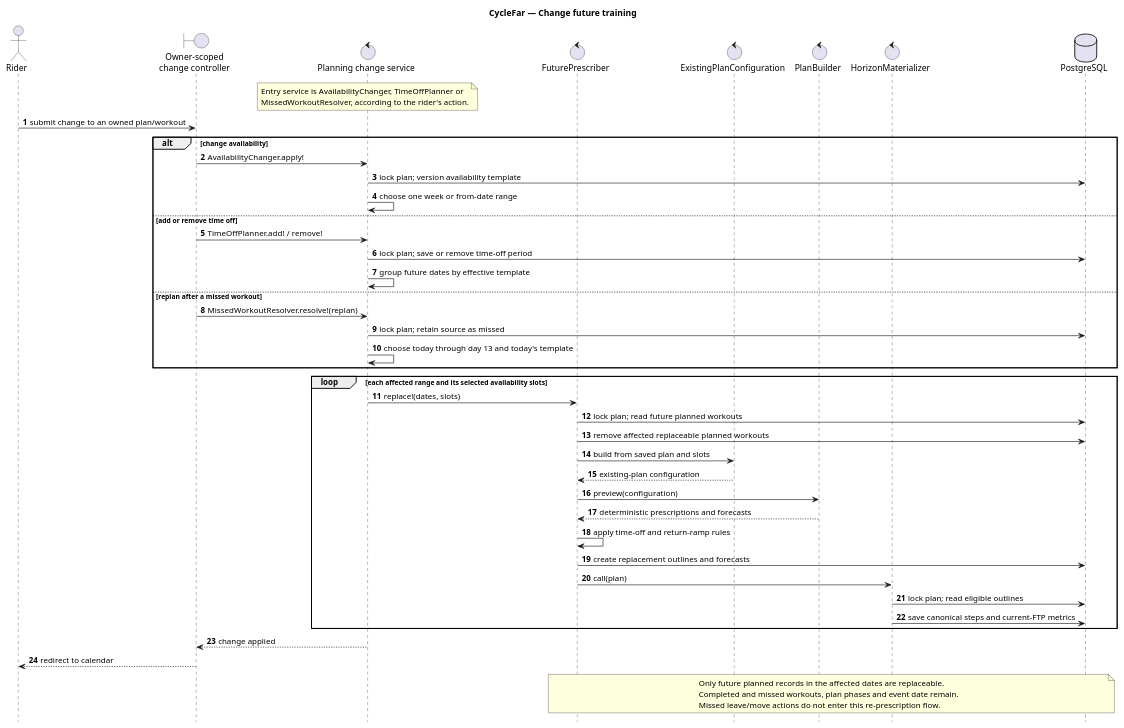
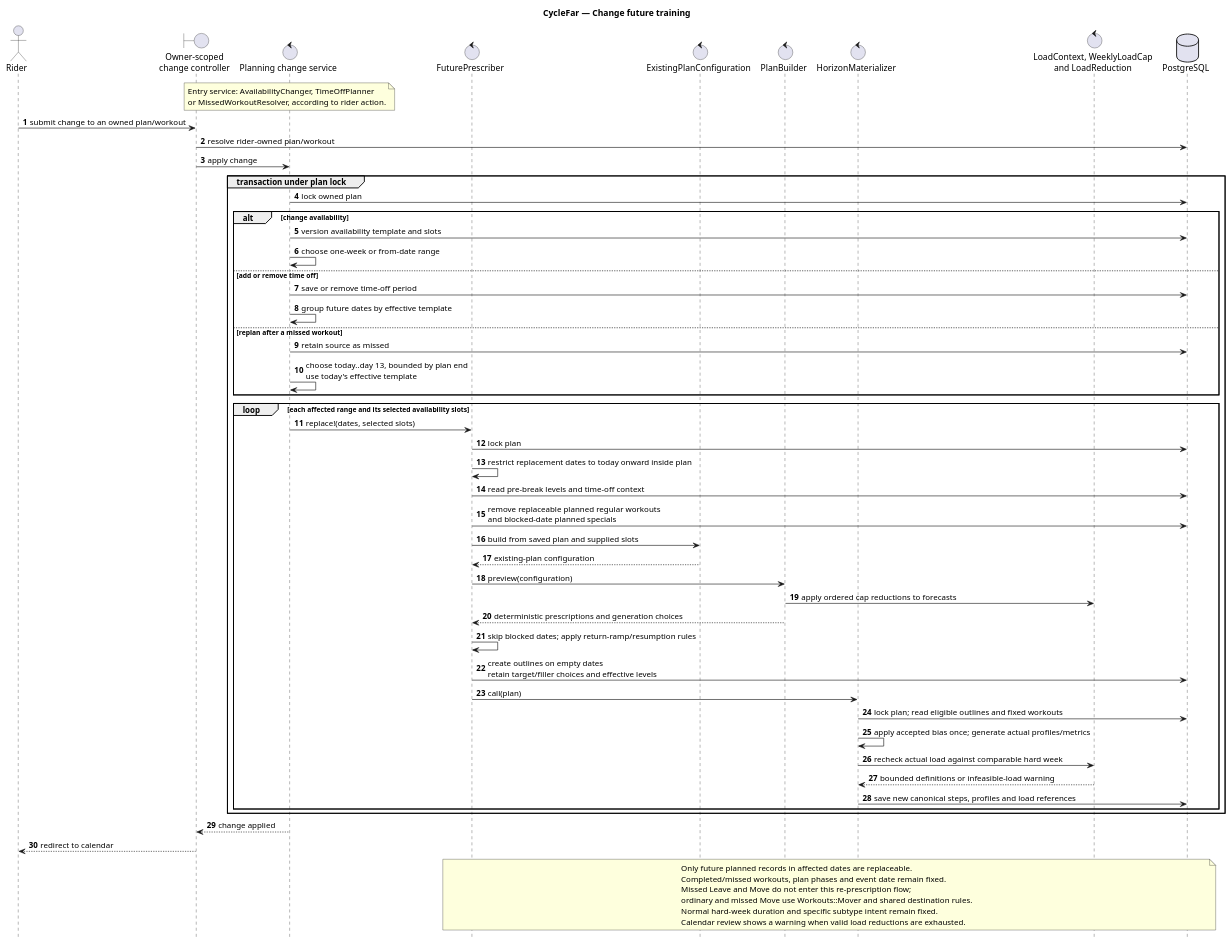
The diagram in docs/diagrams/sequence-cyclefar-future-replanning.puml (richardhartme/cyclefar), drawn with PlantUML before and after one commit. The commit also changed 20 other files, not shown here.

Commit message:
Update architecture diagrams and add PNG exports

```diff
--- a/docs/diagrams/sequence-cyclefar-future-replanning.puml
+++ b/docs/diagrams/sequence-cyclefar-future-replanning.puml
@@ -1,58 +1,70 @@
-@startuml CycleFar Future Replanning Sequence
+@startuml
 title CycleFar — Change future training
 
 autonumber
 hide footbox
 
 actor Rider
 boundary "Owner-scoped\nchange controller" as Controller
 control "Planning change service" as ChangeService
 control "FuturePrescriber" as Prescriber
 control "ExistingPlanConfiguration" as ExistingConfiguration
 control "PlanBuilder" as Builder
 control "HorizonMaterializer" as Materializer
+control "LoadContext, WeeklyLoadCap\nand LoadReduction" as LoadRules
 database "PostgreSQL" as Database
 
 note over ChangeService
-  Entry service is AvailabilityChanger, TimeOffPlanner or
-  MissedWorkoutResolver, according to the rider's action.
+  Entry service: AvailabilityChanger, TimeOffPlanner
+  or MissedWorkoutResolver, according to rider action.
 end note
 
 Rider -> Controller: submit change to an owned plan/workout
-alt change availability
-  Controller -> ChangeService: AvailabilityChanger.apply!
-  ChangeService -> Database: lock plan; version availability template
-  ChangeService -> ChangeService: choose one week or from-date range
-else add or remove time off
-  Controller -> ChangeService: TimeOffPlanner.add! / remove!
-  ChangeService -> Database: lock plan; save or remove time-off period
-  ChangeService -> ChangeService: group future dates by effective template
-else replan after a missed workout
-  Controller -> ChangeService: MissedWorkoutResolver.resolve!(replan)
-  ChangeService -> Database: lock plan; retain source as missed
-  ChangeService -> ChangeService: choose today through day 13 and today's template
-end
+Controller -> Database: resolve rider-owned plan/workout
+Controller -> ChangeService: apply change
+group transaction under plan lock
+  ChangeService -> Database: lock owned plan
+  alt change availability
+    ChangeService -> Database: version availability template and slots
+    ChangeService -> ChangeService: choose one-week or from-date range
+  else add or remove time off
+    ChangeService -> Database: save or remove time-off period
+    ChangeService -> ChangeService: group future dates by effective template
+  else replan after a missed workout
+    ChangeService -> Database: retain source as missed
+    ChangeService -> ChangeService: choose today..day 13, bounded by plan end\nuse today's effective template
+  end
 
-loop each affected range and its selected availability slots
-  ChangeService -> Prescriber: replace!(dates, slots)
-  Prescriber -> Database: lock plan; read future planned workouts
-  Prescriber -> Database: remove affected replaceable planned workouts
-  Prescriber -> ExistingConfiguration: build from saved plan and slots
-  ExistingConfiguration --> Prescriber: existing-plan configuration
-  Prescriber -> Builder: preview(configuration)
-  Builder --> Prescriber: deterministic prescriptions and forecasts
-  Prescriber -> Prescriber: apply time-off and return-ramp rules
-  Prescriber -> Database: create replacement outlines and forecasts
-  Prescriber -> Materializer: call(plan)
-  Materializer -> Database: lock plan; read eligible outlines
-  Materializer -> Database: save canonical steps and current-FTP metrics
+  loop each affected range and its selected availability slots
+    ChangeService -> Prescriber: replace!(dates, selected slots)
+    Prescriber -> Database: lock plan
+    Prescriber -> Prescriber: restrict replacement dates to today onward inside plan
+    Prescriber -> Database: read pre-break levels and time-off context
+    Prescriber -> Database: remove replaceable planned regular workouts\nand blocked-date planned specials
+    Prescriber -> ExistingConfiguration: build from saved plan and supplied slots
+    ExistingConfiguration --> Prescriber: existing-plan configuration
+    Prescriber -> Builder: preview(configuration)
+    Builder -> LoadRules: apply ordered cap reductions to forecasts
+    Builder --> Prescriber: deterministic prescriptions and generation choices
+    Prescriber -> Prescriber: skip blocked dates; apply return-ramp/resumption rules
+    Prescriber -> Database: create outlines on empty dates\nretain target/filler choices and effective levels
+    Prescriber -> Materializer: call(plan)
+    Materializer -> Database: lock plan; read eligible outlines and fixed workouts
+    Materializer -> Materializer: apply accepted bias once; generate actual profiles/metrics
+    Materializer -> LoadRules: recheck actual load against comparable hard week
+    LoadRules --> Materializer: bounded definitions or infeasible-load warning
+    Materializer -> Database: save new canonical steps, profiles and load references
+  end
 end
 ChangeService --> Controller: change applied
 Controller --> Rider: redirect to calendar
 
 note over Prescriber, Database
-  Only future planned records in the affected dates are replaceable.
-  Completed and missed workouts, plan phases and event date remain.
-  Missed leave/move actions do not enter this re-prescription flow.
+  Only future planned records in affected dates are replaceable.
+  Completed/missed workouts, plan phases and event date remain fixed.
+  Missed Leave and Move do not enter this re-prescription flow;
+  ordinary and missed Move use Workouts::Mover and shared destination rules.
+  Normal hard-week duration and specific subtype intent remain fixed.
+  Calendar review shows a warning when valid load reductions are exhausted.
 end note
 @enduml
```
